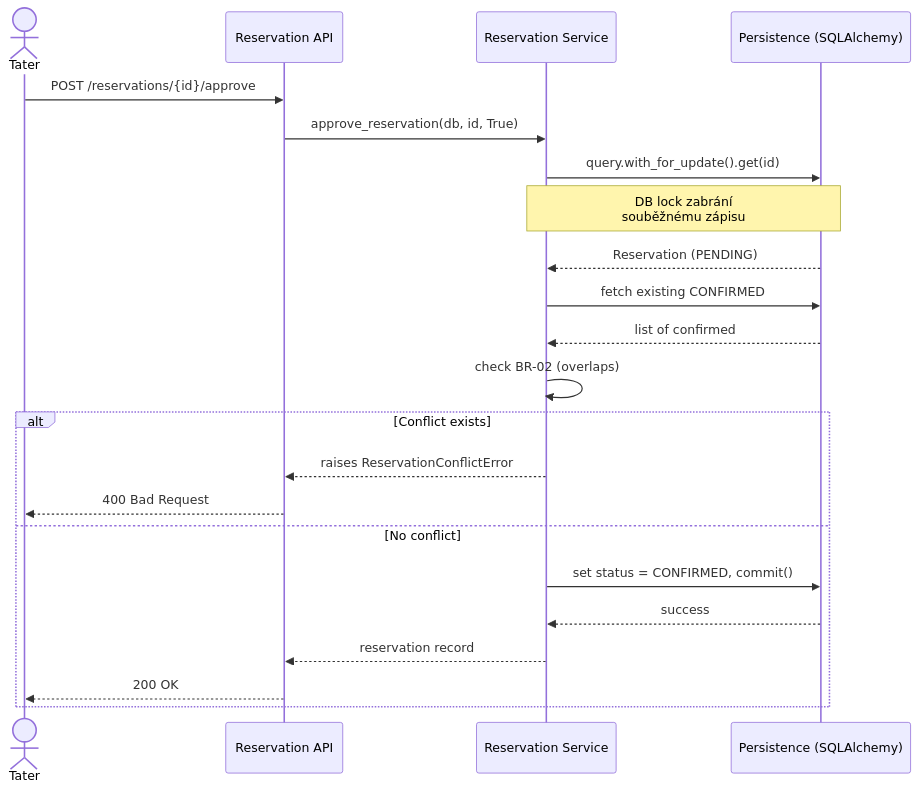
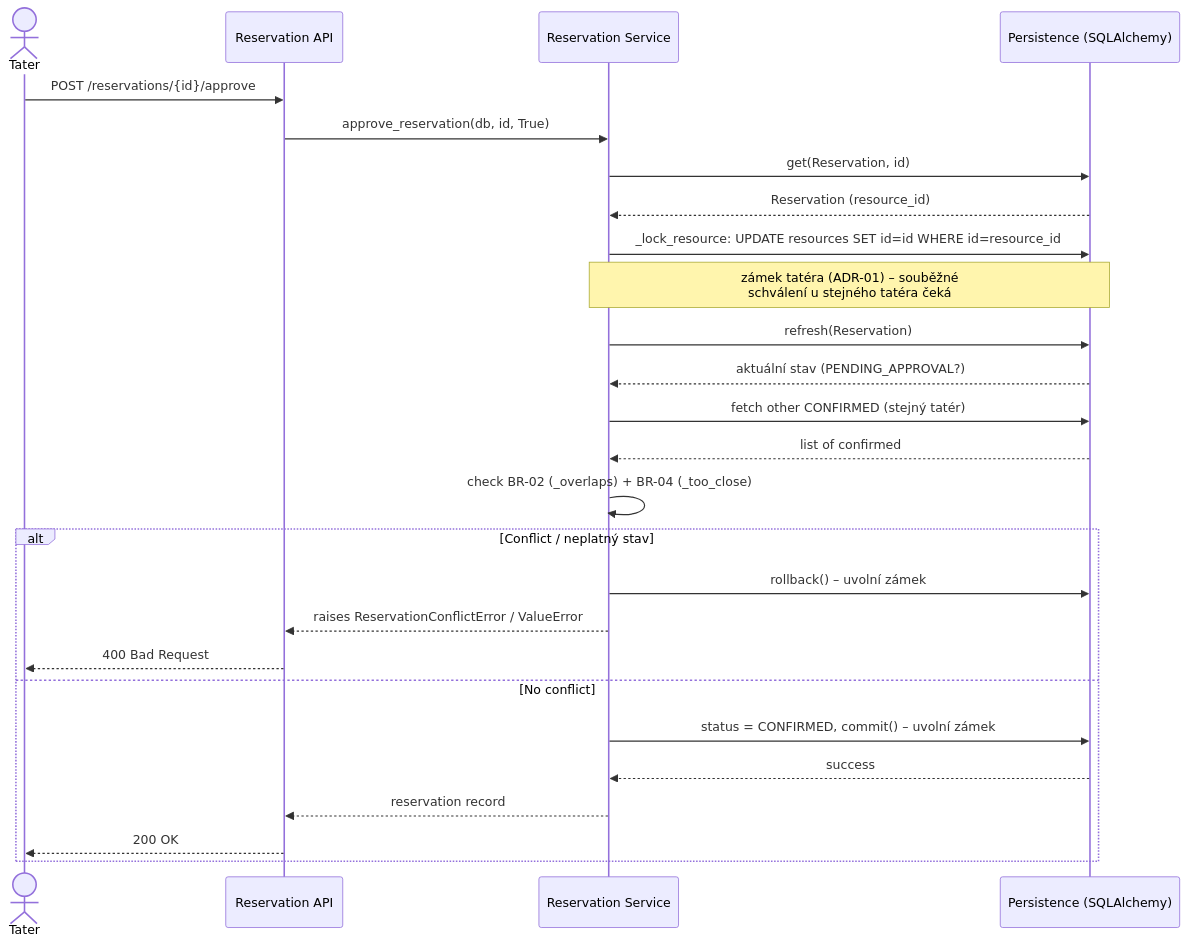
One commit to Eve-linnx/tattoo_reservation_system changed the fourth of 5 diagrams in docs/architecture-and-decisions.md. Above: the diagram before and after it, drawn with Mermaid. The commit also changed other lines of this file and 7 other files, not shown here.

````diff
--- a/docs/architecture-and-decisions.md
+++ b/docs/architecture-and-decisions.md
@@ -290,25 +312,29 @@
 ```mermaid
 sequenceDiagram
     actor Tater
     participant API as Reservation API
     participant SVC as Reservation Service
     participant DB as Persistence (SQLAlchemy)
 
     Tater->>API: POST /reservations/{id}/approve
     API->>SVC: approve_reservation(db, id, True)
-    SVC->>DB: query.with_for_update().get(id)
-    Note over SVC,DB: DB lock zabrání<br/>souběžnému zápisu
-    DB-->>SVC: Reservation (PENDING)
-    SVC->>DB: fetch existing CONFIRMED
+    SVC->>DB: get(Reservation, id)
+    DB-->>SVC: Reservation (resource_id)
+    SVC->>DB: _lock_resource: UPDATE resources SET id=id WHERE id=resource_id
+    Note over SVC,DB: zámek tatéra (ADR-01) – souběžné<br/>schválení u stejného tatéra čeká
+    SVC->>DB: refresh(Reservation)
+    DB-->>SVC: aktuální stav (PENDING_APPROVAL?)
+    SVC->>DB: fetch other CONFIRMED (stejný tatér)
     DB-->>SVC: list of confirmed
-    SVC->>SVC: check BR-02 (overlaps)
-    alt Conflict exists
-        SVC-->>API: raises ReservationConflictError
+    SVC->>SVC: check BR-02 (_overlaps) + BR-04 (_too_close)
+    alt Conflict / neplatný stav
+        SVC->>DB: rollback() – uvolní zámek
+        SVC-->>API: raises ReservationConflictError / ValueError
         API-->>Tater: 400 Bad Request
     else No conflict
-        SVC->>DB: set status = CONFIRMED, commit()
+        SVC->>DB: status = CONFIRMED, commit() – uvolní zámek
         DB-->>SVC: success
         SVC-->>API: reservation record
         API-->>Tater: 200 OK
     end
 ```
````
